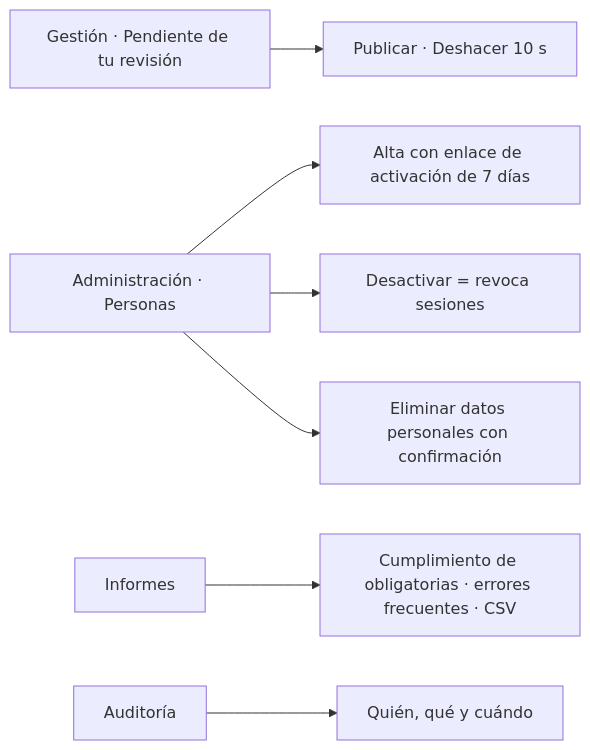
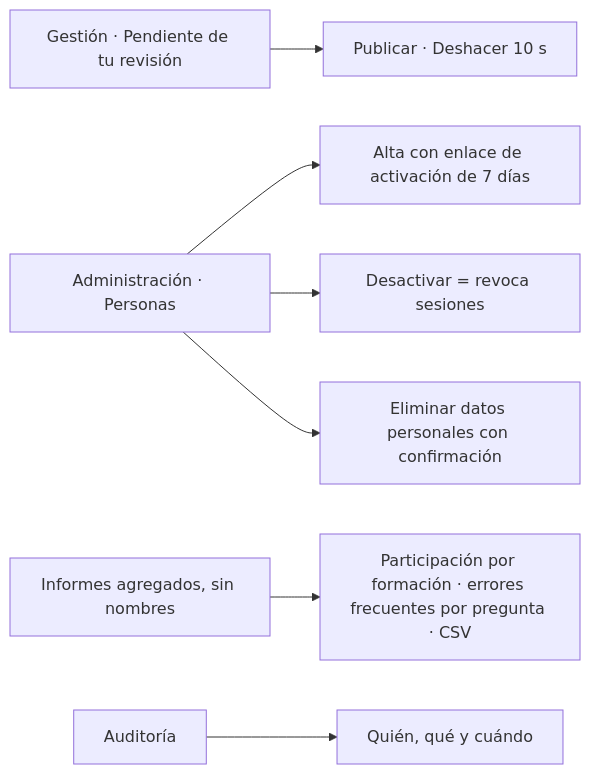
The sixth of 6 diagrams in docs/04-arquitectura-y-recorridos.md (megalovaniatic/flm-campus), drawn with Mermaid before and after one commit. The commit also changed other lines of this file and 98 other files, not shown here.

````diff
--- a/docs/04-arquitectura-y-recorridos.md
+++ b/docs/04-arquitectura-y-recorridos.md
@@ -99,9 +101,9 @@
 ```mermaid
 flowchart LR
   A[Gestión · Pendiente de tu revisión] --> B[Publicar · Deshacer 10 s]
   C[Administración · Personas] --> D[Alta con enlace de activación de 7 días]
   C --> E[Desactivar = revoca sesiones]
   C --> F[Eliminar datos personales con confirmación]
-  G[Informes] --> H[Cumplimiento de obligatorias · errores frecuentes · CSV]
+  G[Informes agregados, sin nombres] --> H[Participación por formación · errores frecuentes por pregunta · CSV]
   I[Auditoría] --> J[Quién, qué y cuándo]
 ```
````
